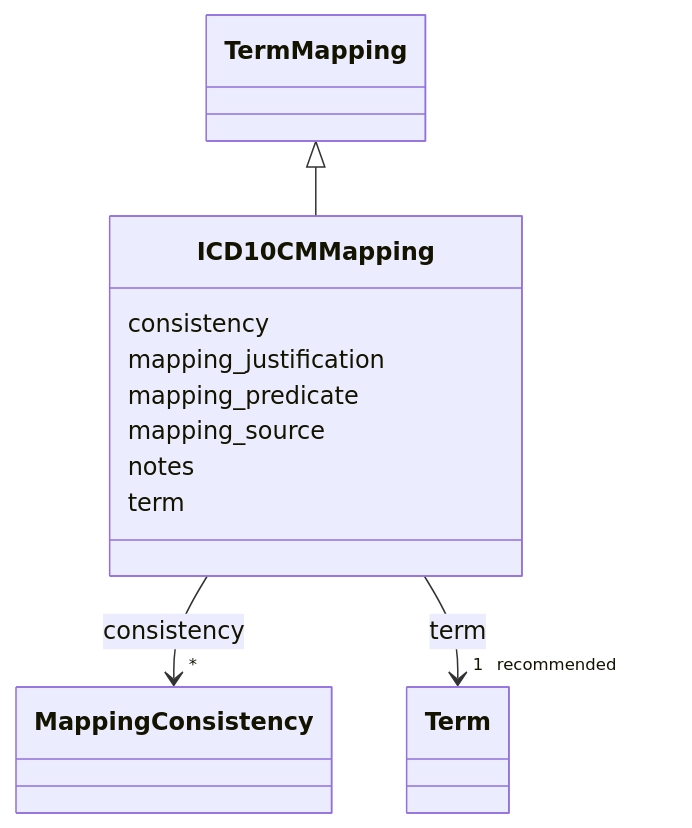
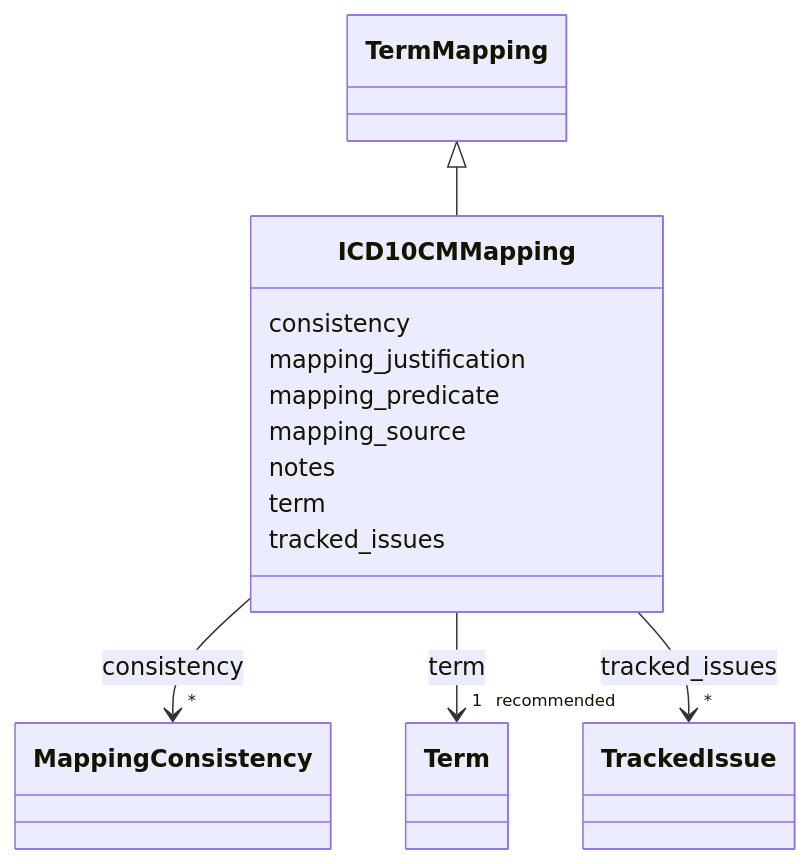
Before and after one commit to monarch-initiative/dismech: the diagram in docs/schema/classes/ICD10CMMapping.md, drawn with Mermaid. The commit also changed other lines of this file and 1343 other files, not shown here.

First line of the commit message:
docs: regenerate schema docs and point design-decisions link at rendered page

````diff
--- a/docs/schema/classes/ICD10CMMapping.md
+++ b/docs/schema/classes/ICD10CMMapping.md
@@ -18,39 +18,50 @@
 ```mermaid
  classDiagram
     class ICD10CMMapping
     click ICD10CMMapping href "../../classes/ICD10CMMapping/"
       TermMapping <|-- ICD10CMMapping
         click TermMapping href "../../classes/TermMapping/"
       
       ICD10CMMapping : consistency
         
           
     
         
         
         ICD10CMMapping --> "*" MappingConsistency : consistency
         click MappingConsistency href "../../classes/MappingConsistency/"
     
 
         
       ICD10CMMapping : mapping_justification
         
       ICD10CMMapping : mapping_predicate
         
       ICD10CMMapping : mapping_source
         
       ICD10CMMapping : notes
         
       ICD10CMMapping : term
         
           
     
         
         
         ICD10CMMapping --> "1 _recommended_" Term : term
         click Term href "../../classes/Term/"
     
 
         
+      ICD10CMMapping : tracked_issues
+        
+          
+    
+        
+        
+        ICD10CMMapping --> "*" TrackedIssue : tracked_issues
+        click TrackedIssue href "../../classes/TrackedIssue/"
+    
+
+        
       
 ```
````
